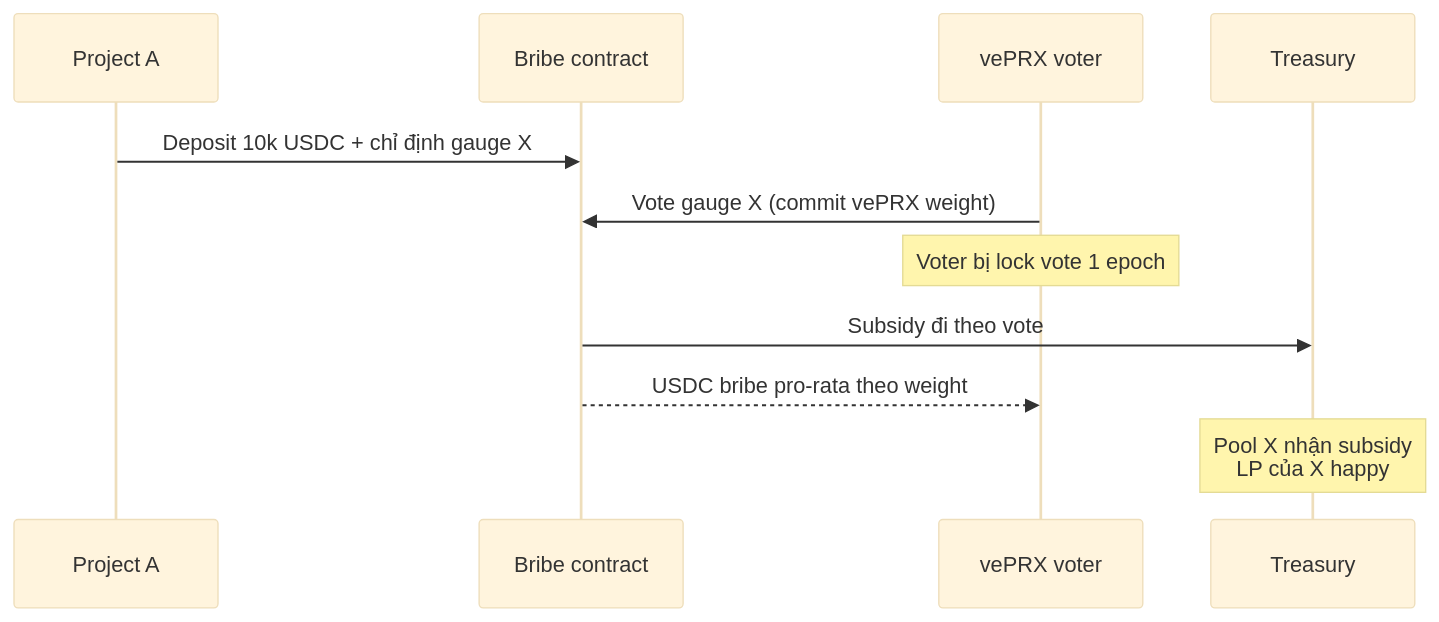
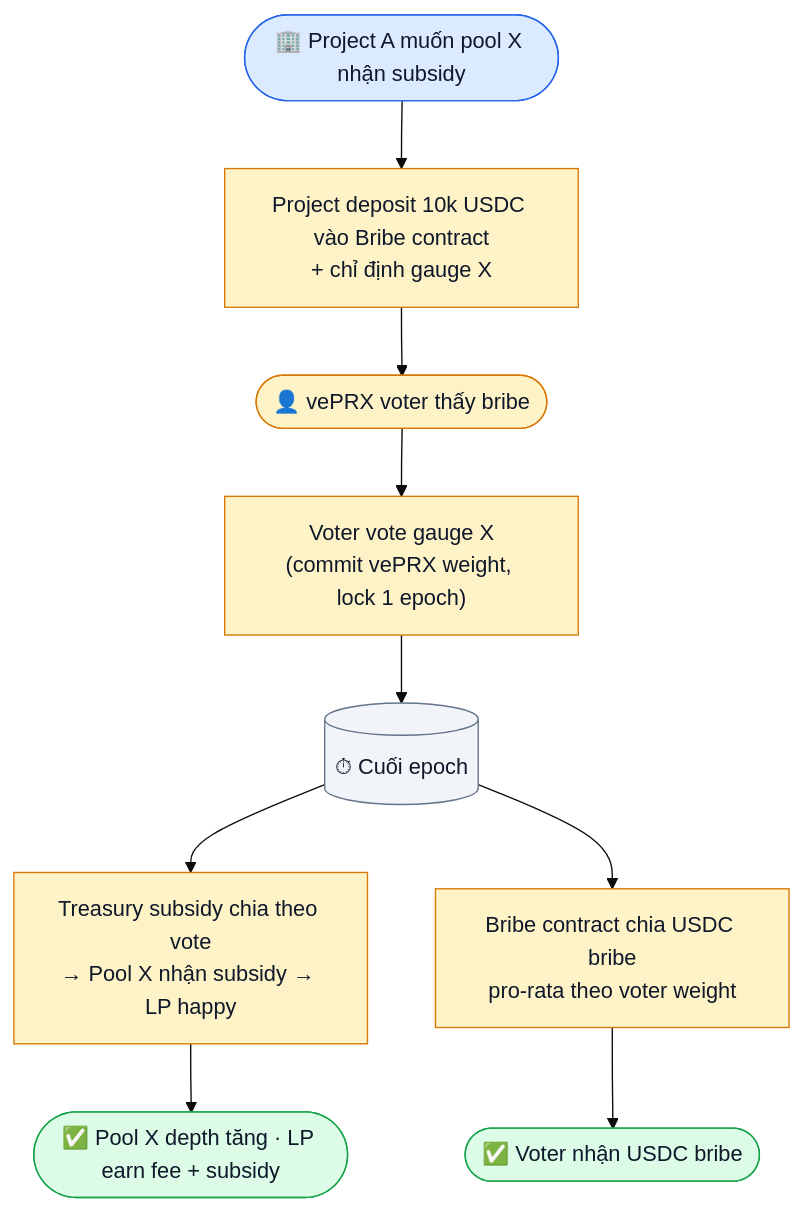
One commit to PrediX-Protocol/predix-docs changed the third of 3 diagrams in vi_v6/kinh-te/veprx-gauge.md. Above: the diagram before and after it, drawn with Mermaid (base theme). The commit also changed 17 other files, not shown here.

First line of the commit message:
docs(vi_v6): convert all 22 sequenceDiagram → flowchart TD (no overlap UX issue)

````diff
--- a/vi_v6/kinh-te/veprx-gauge.md
+++ b/vi_v6/kinh-te/veprx-gauge.md
@@ -86,14 +86,23 @@
 ```mermaid
-sequenceDiagram
-    participant Project as Project A
-    participant Bribe as Bribe contract
-    participant Voter as vePRX voter
-    participant Treasury
+flowchart TD
+    Project(["🏢 Project A muốn pool X nhận subsidy"])
+    Project --> S1["Project deposit 10k USDC vào Bribe contract<br/>+ chỉ định gauge X"]
+    S1 --> Voter(["👤 vePRX voter thấy bribe"])
+    Voter --> S2["Voter vote gauge X<br/>(commit vePRX weight, lock 1 epoch)"]
+    S2 --> Epoch[("⏱ Cuối epoch")]
+    Epoch --> S3["Treasury subsidy chia theo vote<br/>→ Pool X nhận subsidy → LP happy"]
+    Epoch --> S4["Bribe contract chia USDC bribe<br/>pro-rata theo voter weight"]
+    S3 --> End(["✅ Pool X depth tăng · LP earn fee + subsidy"])
+    S4 --> End2(["✅ Voter nhận USDC bribe"])
 
-    Project->>Bribe: Deposit 10k USDC + chỉ định gauge X
-    Voter->>Bribe: Vote gauge X (commit vePRX weight)
-    Note over Voter: Voter bị lock vote 1 epoch
-    Bribe->>Treasury: Subsidy đi theo vote
-    Bribe-->>Voter: USDC bribe pro-rata theo weight
-    Note over Treasury: Pool X nhận subsidy<br/>LP của X happy
+    classDef proj fill:#dbeafe,stroke:#2563eb,color:#0f172a
+    classDef voter fill:#fef3c7,stroke:#d97706,color:#0f172a
+    classDef tick fill:#f1f5f9,stroke:#64748b,color:#0f172a
+    classDef step fill:#fef3c7,stroke:#d97706,color:#0f172a
+    classDef ok fill:#dcfce7,stroke:#16a34a,color:#0f172a
+    class Project proj
+    class Voter voter
+    class Epoch tick
+    class S1,S2,S3,S4 step
+    class End,End2 ok
 ```
````
